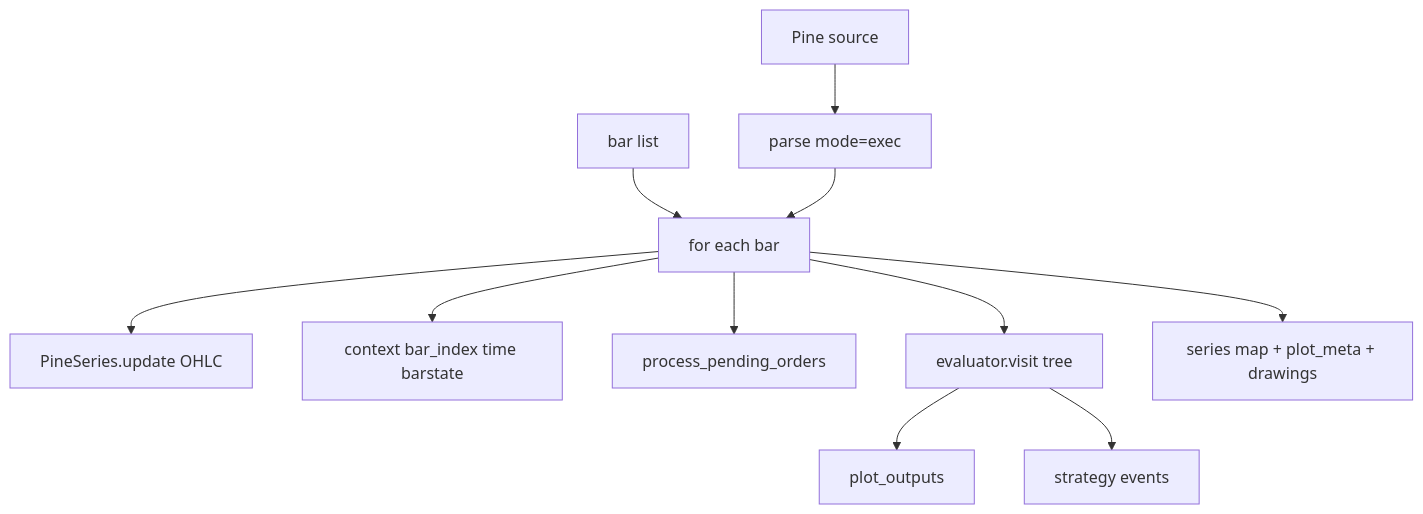
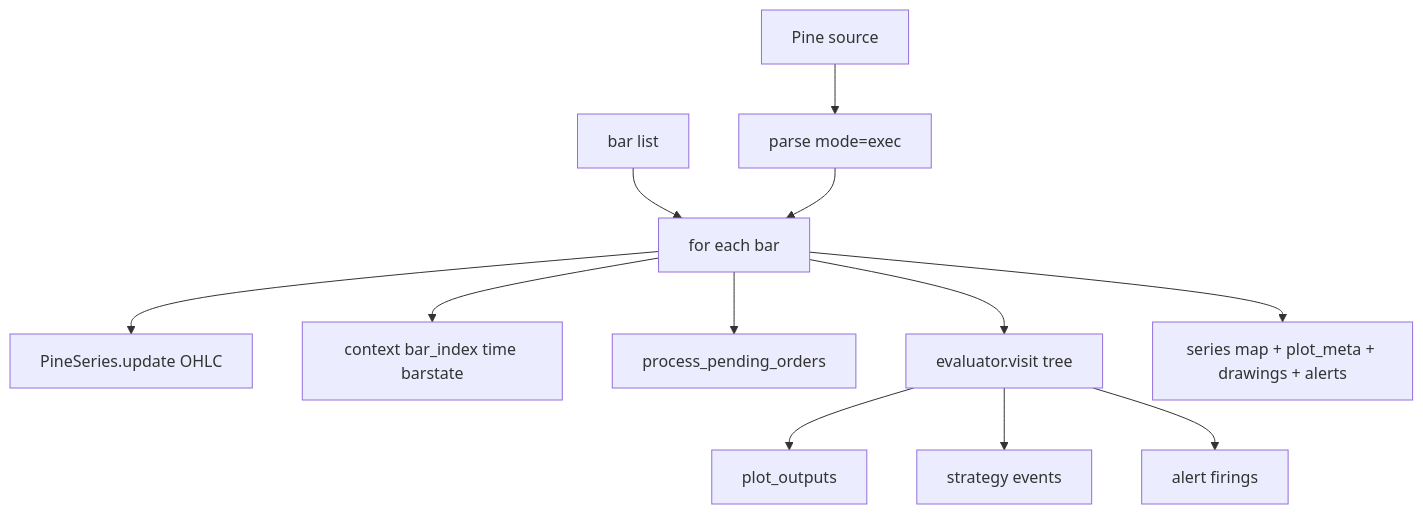
One commit to hoox-sh/pyne changed the diagram in docs/pyne/api/runtime-bridge.mdx. Above: the diagram before and after it, drawn with Mermaid. The commit also changed other lines of this file and 15 other files, not shown here.

````diff
--- a/docs/pyne/api/runtime-bridge.mdx
+++ b/docs/pyne/api/runtime-bridge.mdx
@@ -35,13 +35,14 @@
 ```mermaid
 flowchart TB
   SRC[Pine source] --> PARSE[parse mode=exec]
   OHLCV[bar list] --> LOOP[for each bar]
   PARSE --> LOOP
   LOOP --> SER[PineSeries.update OHLC]
   LOOP --> CTX[context bar_index time barstate]
   LOOP --> FILL[process_pending_orders]
   LOOP --> VISIT[evaluator.visit tree]
   VISIT --> PLOTS[plot_outputs]
   VISIT --> EV[strategy events]
-  LOOP --> PACK[series map + plot_meta + drawings]
+  VISIT --> AL[alert firings]
+  LOOP --> PACK[series map + plot_meta + drawings + alerts]
 ```
````
